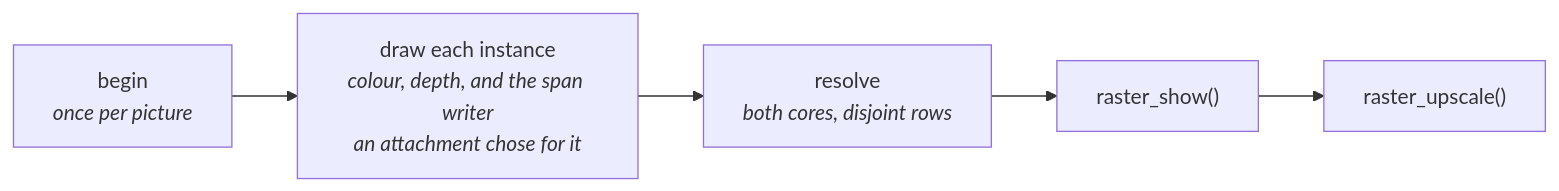
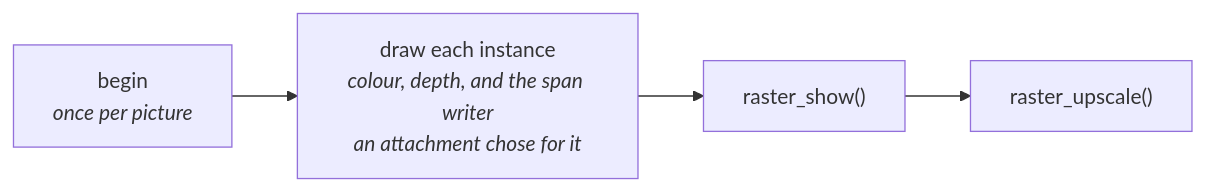
One commit to jose-villegas/autana changed the diagram in docs/render/frame/Attachments.md. Above: the diagram before and after it, drawn with Mermaid. The commit also changed other lines of this file and 33 other files, not shown here.

````diff
--- a/docs/render/frame/Attachments.md
+++ b/docs/render/frame/Attachments.md
@@ -64,6 +64,5 @@
 ```mermaid
 flowchart LR
     Begin["begin<br/><i>once per picture</i>"] --> Draw["draw each instance<br/><i>colour, depth, and the span writer<br/>an attachment chose for it</i>"]
-    Draw --> Resolve["resolve<br/><i>both cores, disjoint rows</i>"]
-    Resolve --> Show["raster_show()"] --> Upscale["raster_upscale()"]
+    Draw --> Show["raster_show()"] --> Upscale["raster_upscale()"]
 ```
````
